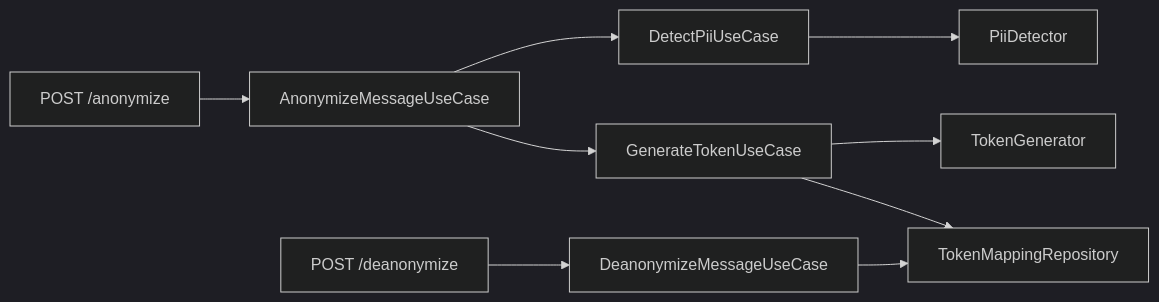
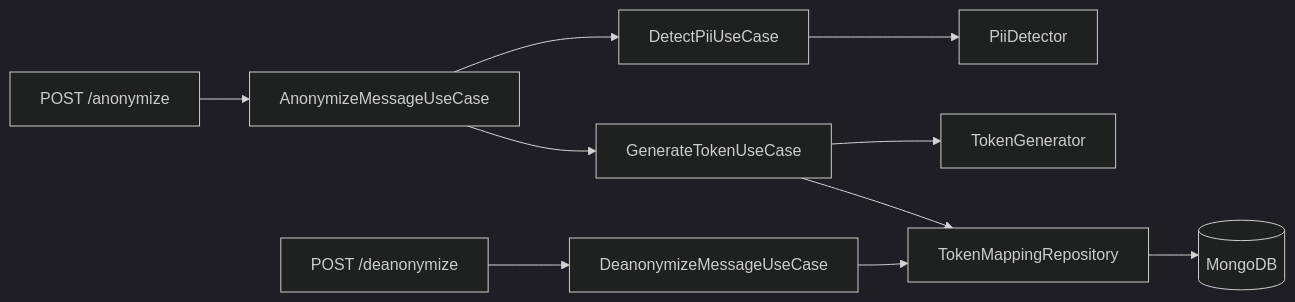
One commit to Soachi99/poc_banco_andino_grupo_6 changed the diagram in README.md. Above: the diagram before and after it, drawn with Mermaid (dark theme). The commit also changed other lines of this file and 15 other files, not shown here.

````diff
--- a/README.md
+++ b/README.md
@@ -53,11 +64,12 @@
 ```mermaid
 flowchart LR
   HTTP["POST /anonymize"] --> Anonymize[AnonymizeMessageUseCase]
   Restore["POST /deanonymize"] --> Deanonymize[DeanonymizeMessageUseCase]
   Anonymize --> Detect[DetectPiiUseCase]
   Anonymize --> Tokens[GenerateTokenUseCase]
   Detect --> Detector[PiiDetector]
   Tokens --> Generator[TokenGenerator]
   Tokens --> Vault[TokenMappingRepository]
   Deanonymize --> Vault
+  Vault --> Mongo[(MongoDB)]
 ```
````
